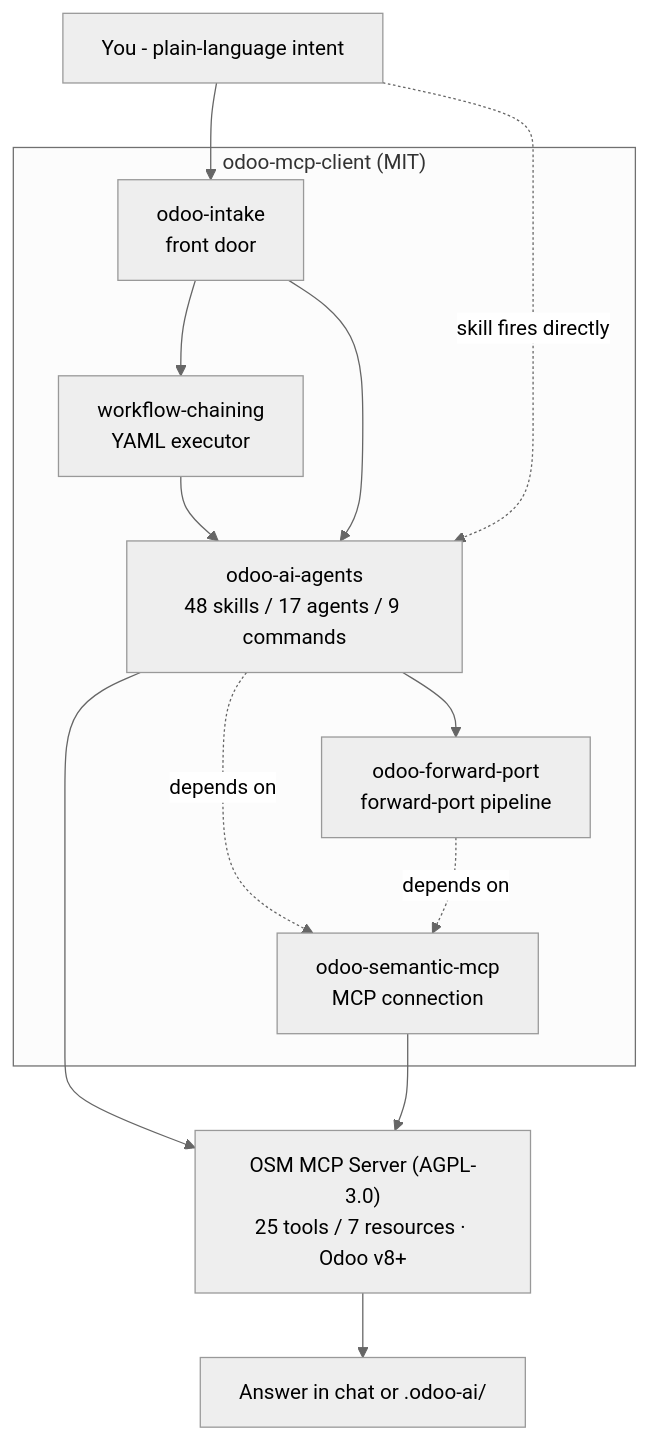
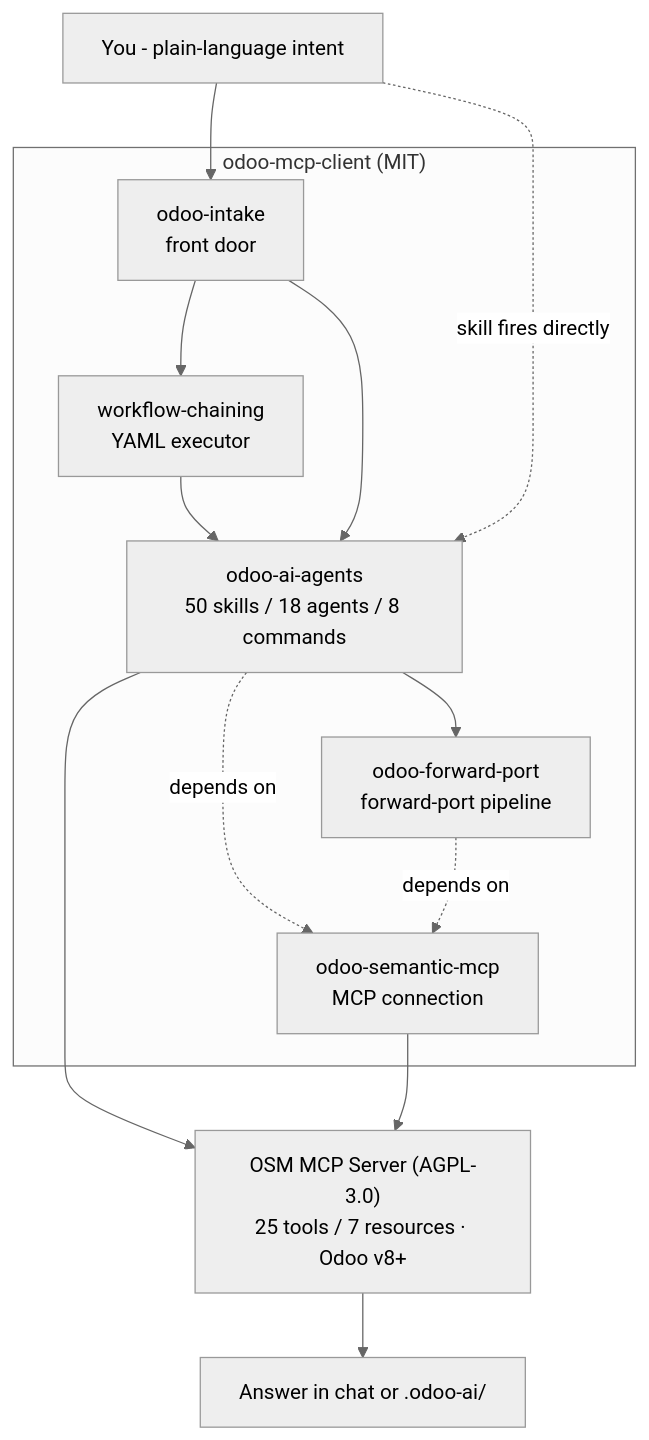
The diagram in README.md (Viindoo/odoo-mcp-client), drawn with Mermaid (neutral theme) before and after one commit. The commit also changed other lines of this file and 106 other files, not shown here.

First line of the commit message:
feat(odoo-ai-agents)!: split planning from execution; normalize orchestration (v4.0.0)

````diff
--- a/README.md
+++ b/README.md
@@ -13,26 +13,26 @@
 ```mermaid
 flowchart TD
     You["You - plain-language intent"]
 
     subgraph client["odoo-mcp-client (MIT)"]
         intake["odoo-intake<br/>front door"]
         wfrunner["workflow-chaining<br/>YAML executor"]
-        skills["odoo-ai-agents<br/>48 skills / 17 agents / 9 commands"]
+        skills["odoo-ai-agents<br/>50 skills / 18 agents / 8 commands"]
         fp["odoo-forward-port<br/>forward-port pipeline"]
         mcp["odoo-semantic-mcp<br/>MCP connection"]
         intake --> wfrunner --> skills
         intake --> skills
         skills --> fp
         skills -. depends on .-> mcp
         fp -. depends on .-> mcp
     end
 
     server["OSM MCP Server (AGPL-3.0)<br/>25 tools / 7 resources · Odoo v8+"]
     out["Answer in chat or .odoo-ai/"]
 
     You --> intake
     You -. "skill fires directly" .-> skills
     skills --> server
     mcp --> server
     server --> out
 ```
````
